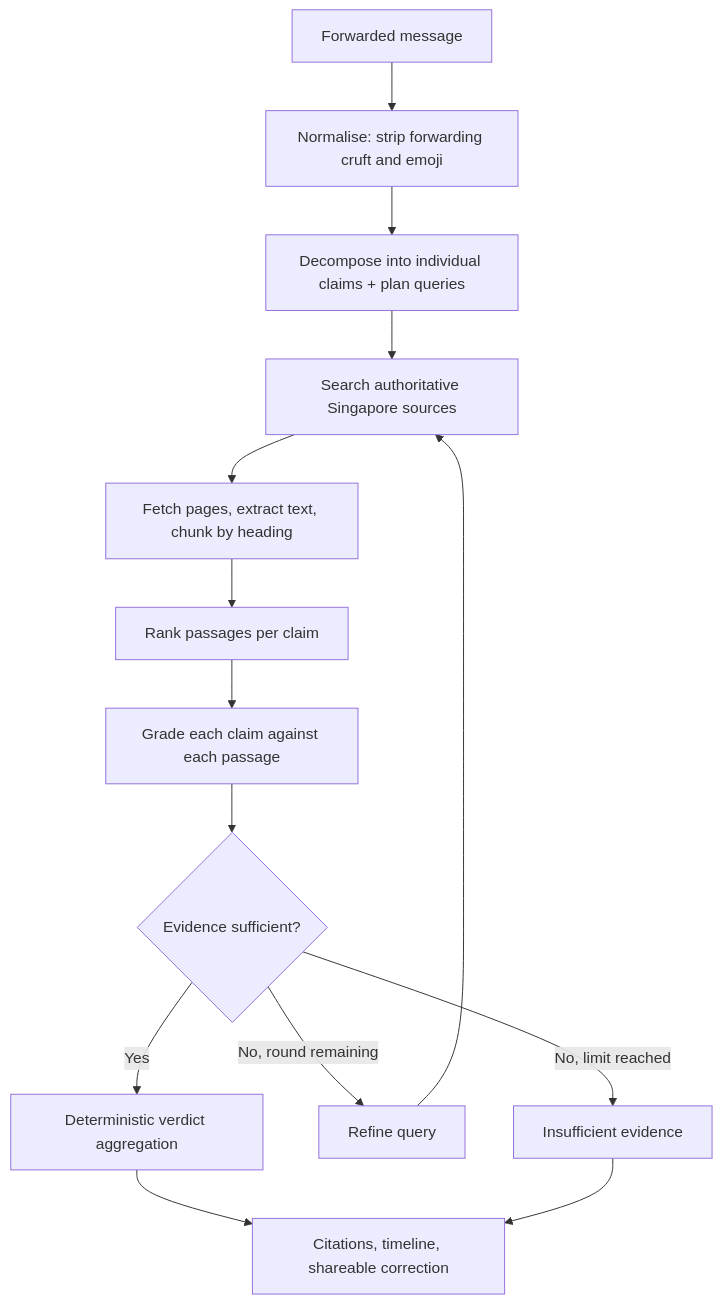
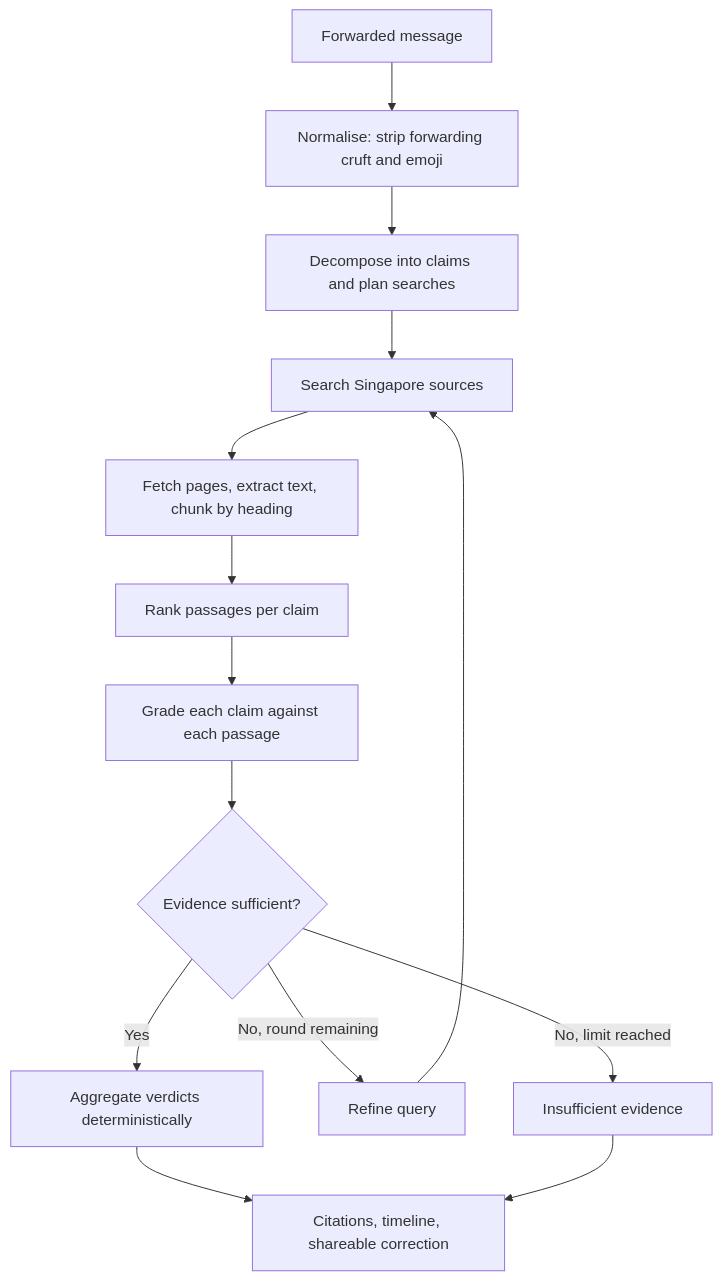
Before and after one commit to yijiechong13/forwardcheck: the diagram in README.md, drawn with Mermaid. The commit also changed other lines of this file, not shown here.

````diff
--- a/README.md
+++ b/README.md
@@ -76,16 +92,16 @@
 ```mermaid
 flowchart TD
     A["Forwarded message"] --> B["Normalise: strip forwarding cruft and emoji"]
-    B --> C["Decompose into individual claims + plan queries"]
-    C --> D["Search authoritative Singapore sources"]
+    B --> C["Decompose into claims and plan searches"]
+    C --> D["Search Singapore sources"]
     D --> E["Fetch pages, extract text, chunk by heading"]
     E --> F["Rank passages per claim"]
     F --> G["Grade each claim against each passage"]
     G --> H{"Evidence sufficient?"}
-    H -- "Yes" --> I["Deterministic verdict aggregation"]
+    H -- "Yes" --> I["Aggregate verdicts deterministically"]
     H -- "No, round remaining" --> J["Refine query"]
     J --> D
     H -- "No, limit reached" --> K["Insufficient evidence"]
     I --> L["Citations, timeline, shareable correction"]
     K --> L
 ```
````
